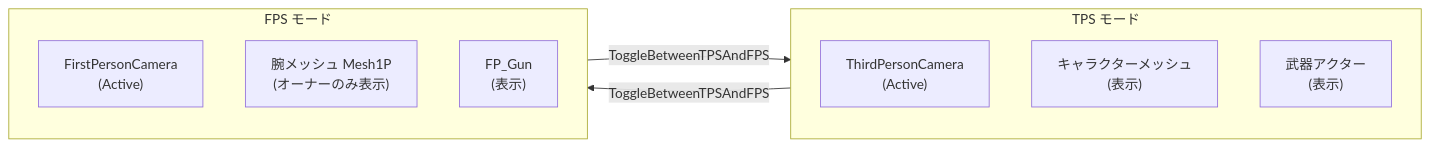
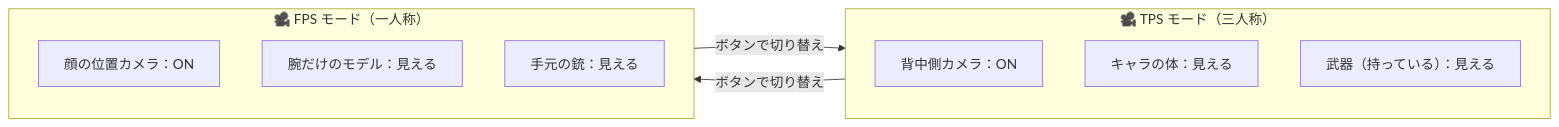
The first of 9 diagrams in Documentation/AppealPoint.md (yu03040/GUNMAN), drawn with Mermaid before and after one commit. The commit also changed other lines of this file and 2 other files, not shown here.

````diff
--- a/Documentation/AppealPoint.md
+++ b/Documentation/AppealPoint.md
@@ -26,15 +64,15 @@
 ```mermaid
 flowchart LR
-    subgraph TPS["TPS モード"]
-        TC["ThirdPersonCamera\n(Active)"]
-        M["キャラクターメッシュ\n(表示)"]
-        W["武器アクター\n(表示)"]
+    subgraph TPS["🎥 TPS モード（三人称）"]
+        TC["背中側カメラ：ON"]
+        M["キャラの体：見える"]
+        W["武器（持っている）：見える"]
     end
-    subgraph FPS["FPS モード"]
-        FC["FirstPersonCamera\n(Active)"]
-        M1P["腕メッシュ Mesh1P\n(オーナーのみ表示)"]
-        FG["FP_Gun\n(表示)"]
+    subgraph FPS["🎥 FPS モード（一人称）"]
+        FC["顔の位置カメラ：ON"]
+        M1P["腕だけのモデル：見える"]
+        FG["手元の銃：見える"]
     end
-    TPS -->|ToggleBetweenTPSAndFPS| FPS
-    FPS -->|ToggleBetweenTPSAndFPS| TPS
+    TPS -->|ボタンで切り替え| FPS
+    FPS -->|ボタンで切り替え| TPS
 ```
````
